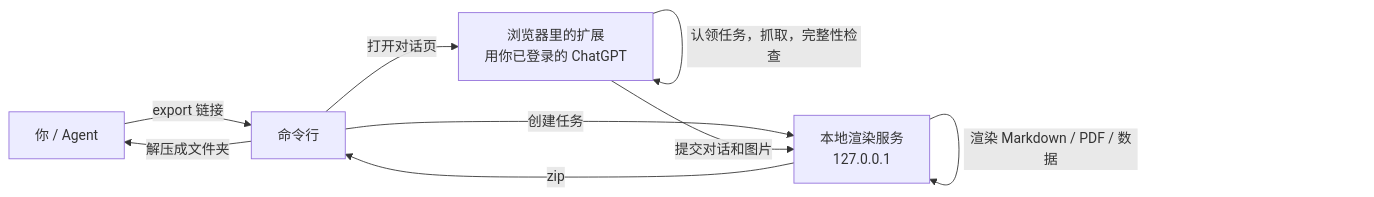
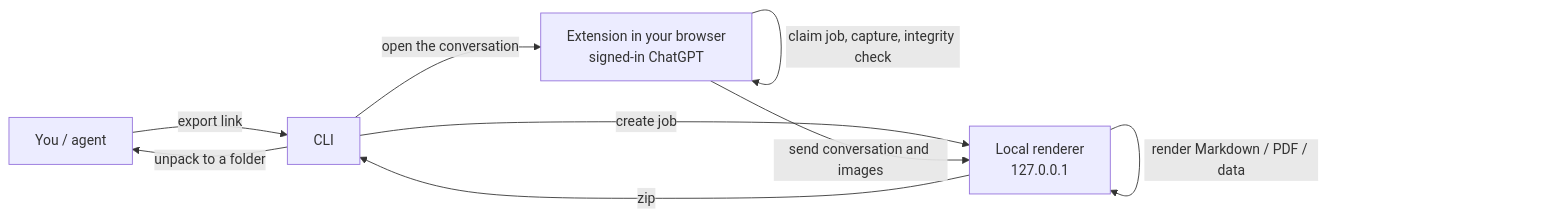
Before and after one commit to amethyst-cosmos/convo-vault: the diagram in README.md, drawn with Mermaid. The commit also changed other lines of this file and 28 other files, not shown here.

````diff
--- a/README.md
+++ b/README.md
@@ -105,11 +156,11 @@
 ```mermaid
 flowchart LR
-    A["你 / Agent"] -->|"export 链接"| B["命令行"]
-    B -->|"创建任务"| C["本地渲染服务<br/>127.0.0.1"]
-    B -->|"打开对话页"| D["浏览器里的扩展<br/>用你已登录的 ChatGPT"]
-    D -->|"认领任务，抓取，完整性检查"| D
-    D -->|"提交对话和图片"| C
-    C -->|"渲染 Markdown / PDF / 数据"| C
+    A["You / agent"] -->|"export link"| B["CLI"]
+    B -->|"create job"| C["Local renderer<br/>127.0.0.1"]
+    B -->|"open the conversation"| D["Extension in your browser<br/>signed-in ChatGPT"]
+    D -->|"claim job, capture, integrity check"| D
+    D -->|"send conversation and images"| C
+    C -->|"render Markdown / PDF / data"| C
     C -->|"zip"| B
-    B -->|"解压成文件夹"| A
+    B -->|"unpack to a folder"| A
 ```
````
